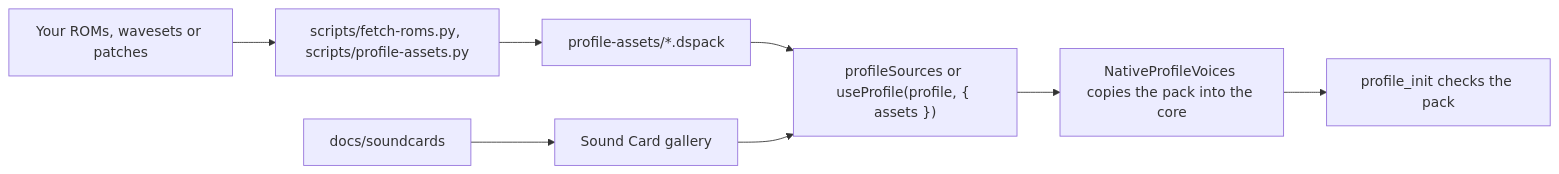
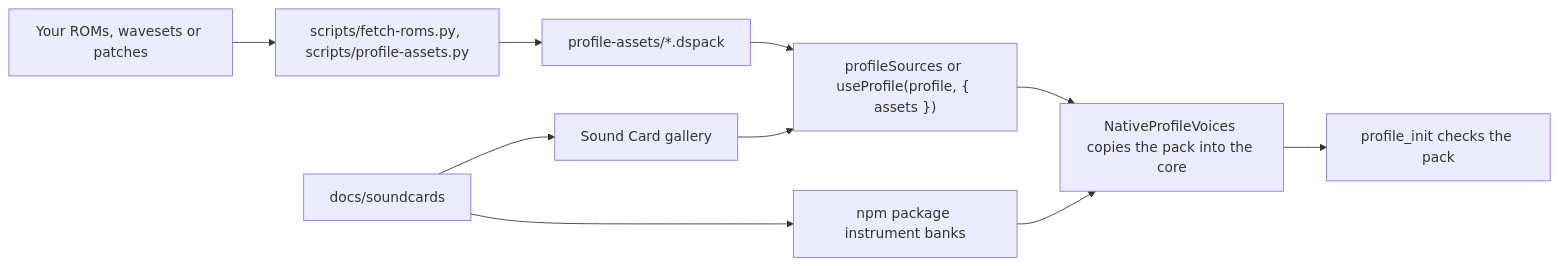
Before and after one commit to kyr0/defuss-midi-synth: the diagram in HARDWARE_PROFILES.md, drawn with Mermaid. The commit also changed other lines of this file and 73 other files, not shown here.

Commit message:
Bundle instrument banks for the five player cards and remove Roland profiles

````diff
--- a/HARDWARE_PROFILES.md
+++ b/HARDWARE_PROFILES.md
@@ -30,10 +27,12 @@
 ```mermaid
 flowchart LR
   files["Your ROMs, wavesets or patches"] --> scripts["scripts/fetch-roms.py, scripts/profile-assets.py"]
   scripts --> pack["profile-assets/*.dspack"]
   pack --> api["profileSources or useProfile(profile, { assets })"]
-  gallery["docs/soundcards"] --> page["Sound Card gallery"]
+  gallery["docs/soundcards"] --> bundled["npm package instrument banks"]
+  bundled --> host
+  gallery --> page["Sound Card gallery"]
   page --> api
   api --> host["NativeProfileVoices copies the pack into the core"]
   host --> init["profile_init checks the pack"]
 ```
````
